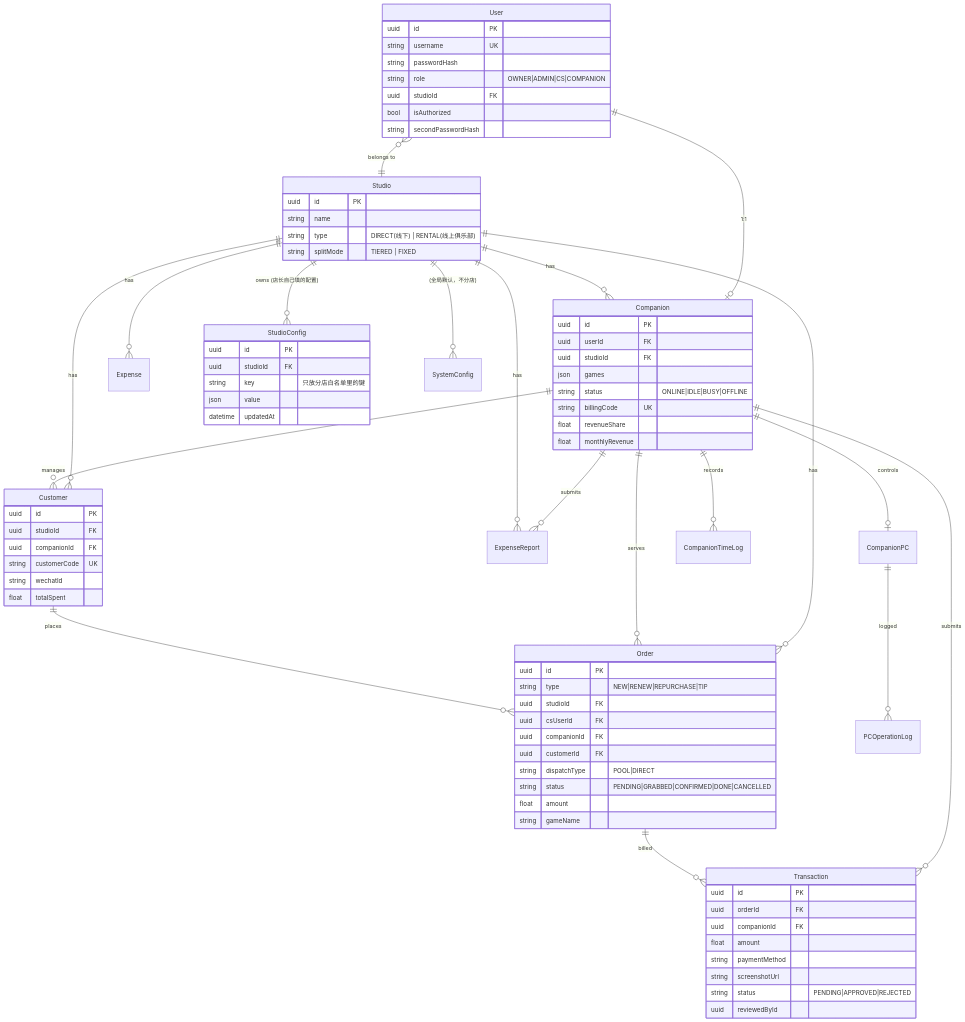
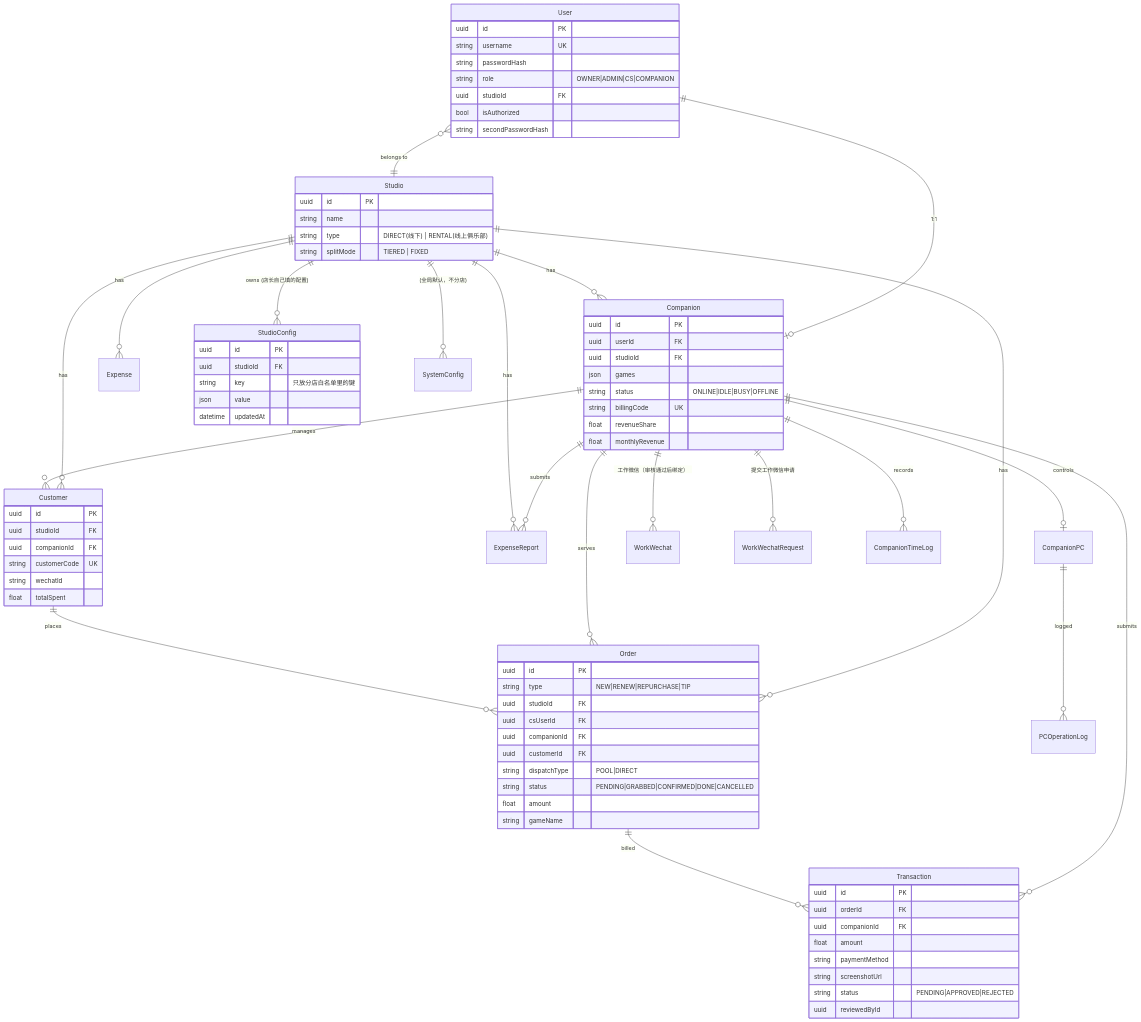
Before and after one commit to opsvr-ai/game-workspace: the sixth of 12 diagrams in docs/ARCHITECTURE.md, drawn with Mermaid. The commit also changed other lines of this file and 15 other files, not shown here.

First line of the commit message:
feat(work-wechat): 陪玩自己填写/更换工作微信，管理端审核通过后才生效

```diff
--- a/docs/ARCHITECTURE.md
+++ b/docs/ARCHITECTURE.md
@@ -197,6 +205,8 @@
     Studio ||--o{ ExpenseReport : "has"
     Companion ||--o{ Order : "serves"
     Companion ||--o| CompanionPC : "controls"
+    Companion ||--o{ WorkWechat : "工作微信（审核通过后绑定）"
+    Companion ||--o{ WorkWechatRequest : "提交工作微信申请"
     Companion ||--o{ CompanionTimeLog : "records"
     Companion ||--o{ Transaction : "submits"
     Companion ||--o{ Customer : "manages"
```
